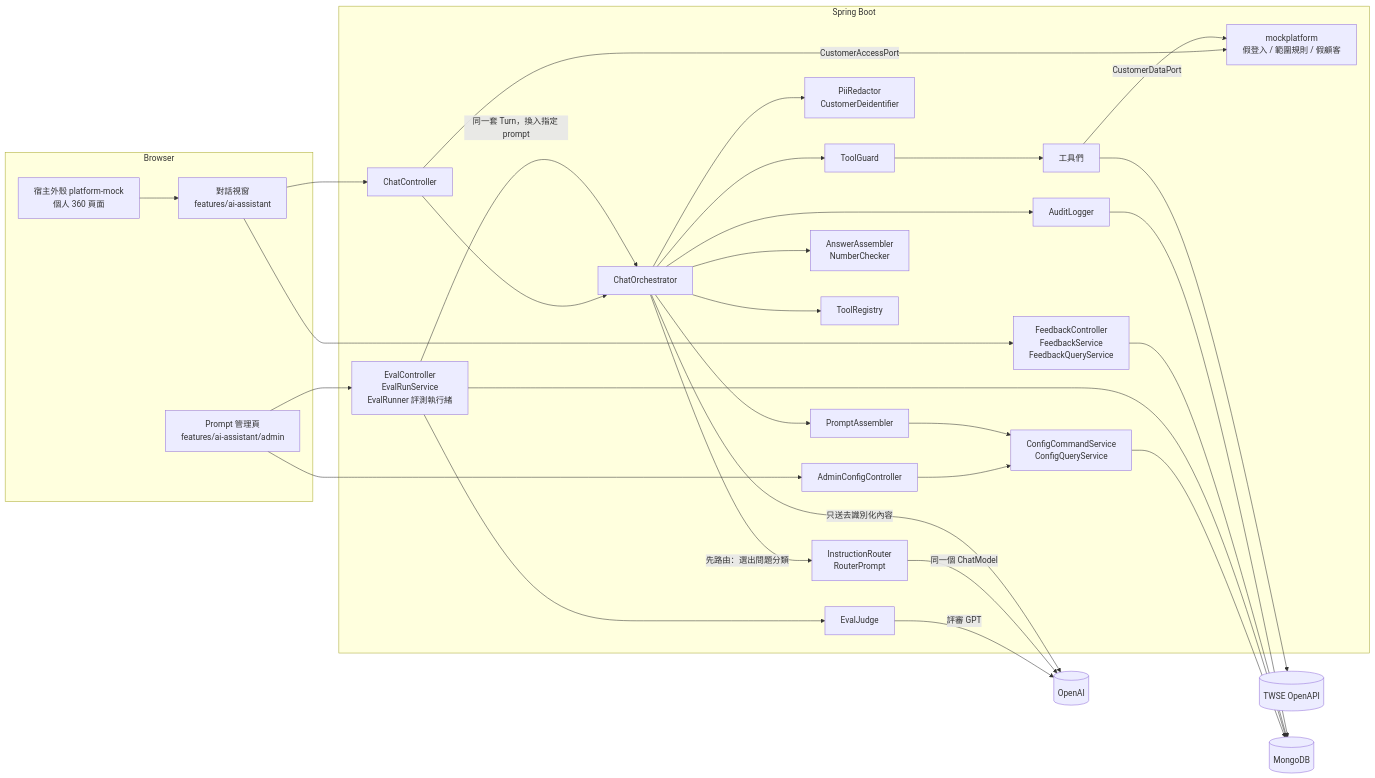
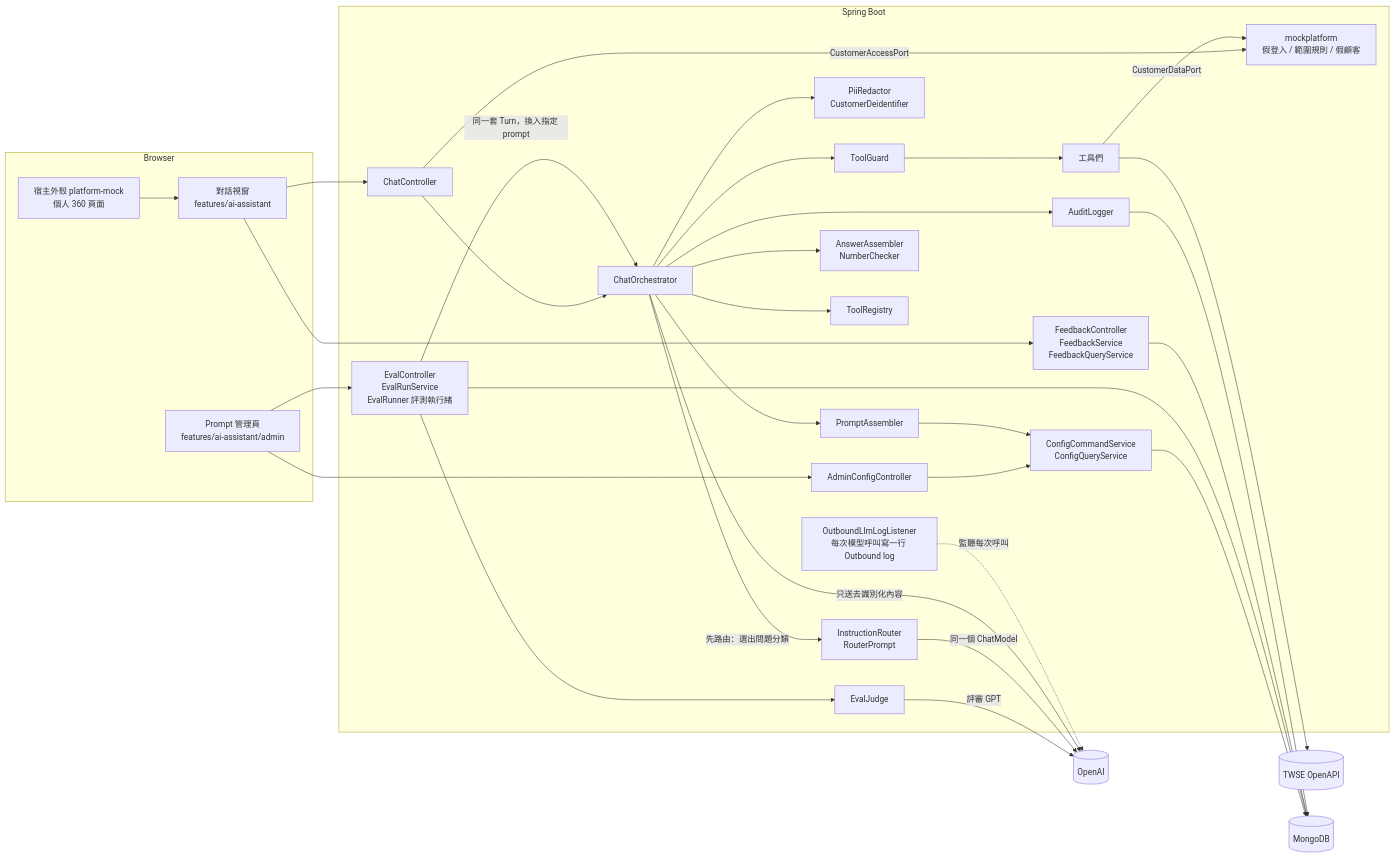
Before and after one commit to Rue1216/assistant-poc: the second of 11 diagrams in docs/spec/01-architecture.md, drawn with Mermaid. The commit also changed other lines of this file and 17 other files, not shown here.

````diff
--- a/docs/spec/01-architecture.md
+++ b/docs/spec/01-architecture.md
@@ -49,48 +49,50 @@
 ```mermaid
 flowchart LR
   subgraph Browser
     H[宿主外殼 platform-mock<br/>個人 360 頁面]
     W[對話視窗<br/>features/ai-assistant]
     A[Prompt 管理頁<br/>features/ai-assistant/admin]
   end
   subgraph Backend[Spring Boot]
     CC[ChatController]
     AC[AdminConfigController]
     O[ChatOrchestrator]
     RD[PiiRedactor<br/>CustomerDeidentifier]
     IR[InstructionRouter<br/>RouterPrompt]
     PA[PromptAssembler]
     AA[AnswerAssembler<br/>NumberChecker]
     TR[ToolRegistry]
     TG[ToolGuard]
     T[工具們]
     CS[ConfigCommandService<br/>ConfigQueryService]
     AU[AuditLogger]
+    LL[OutboundLlmLogListener<br/>每次模型呼叫寫一行 Outbound log]
     FB[FeedbackController<br/>FeedbackService<br/>FeedbackQueryService]
     EV[EvalController<br/>EvalRunService<br/>EvalRunner 評測執行緒]
     EJ[EvalJudge]
     MP[mockplatform<br/>假登入 / 範圍規則 / 假顧客]
   end
   GPT[(OpenAI)]
   TWSE[(TWSE OpenAPI)]
   DB[(MongoDB)]
 
   H --> W --> CC
   CC -->|CustomerAccessPort| MP
   CC --> O
   A --> AC --> CS --> DB
   A --> EV --> DB
   EV -->|同一套 Turn，換入指定 prompt| O
   EV --> EJ -->|評審 GPT| GPT
   W --> FB --> DB
   O --> RD
   O -->|先路由：選出問題分類| IR -->|同一個 ChatModel| GPT
   O --> PA --> CS
   O --> AA
   O --> TR
   O -->|只送去識別化內容| GPT
   O --> TG --> T
   T -->|CustomerDataPort| MP
   T --> TWSE
   O --> AU --> DB
+  LL -.->|監聽每次呼叫| GPT
 ```
````
